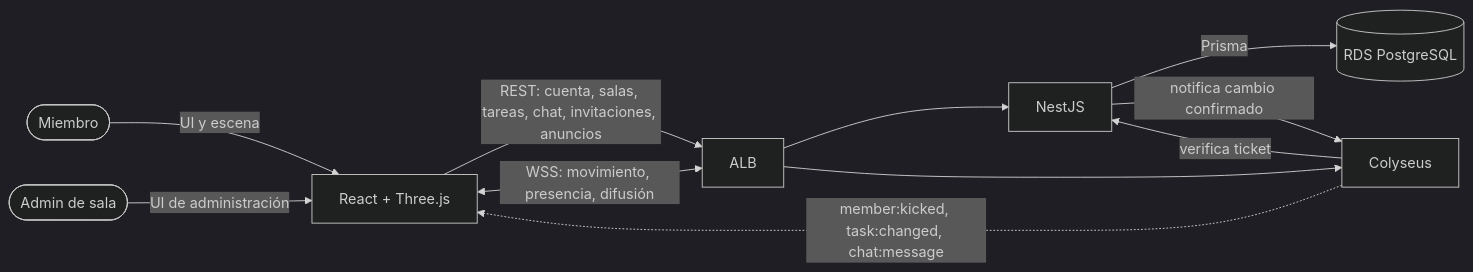
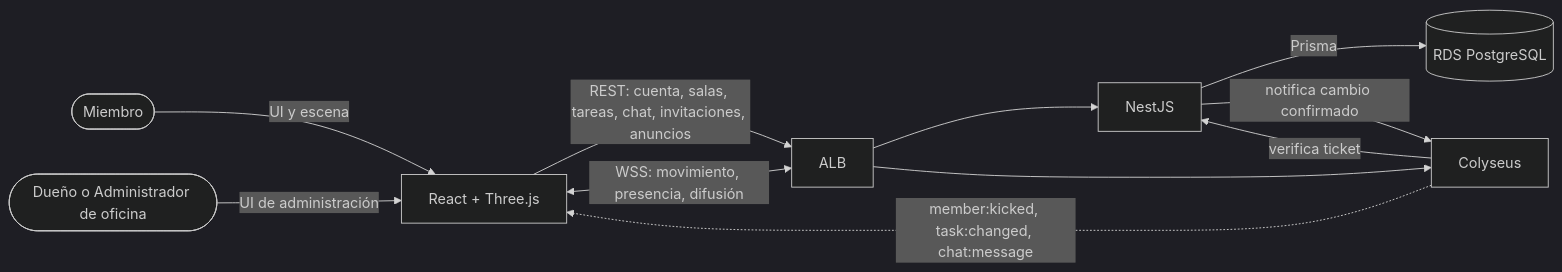
Before and after one commit to Agustin742/integratec-final-back: the third of 3 diagrams in docs/diagrams/02-system-architecture/deployment-and-network.md, drawn with Mermaid (dark theme). The commit also changed other lines of this file and 1 other file, not shown here.

Commit message:
docs(diagrams): scope access and realtime channels to offices and rooms

````diff
--- a/docs/diagrams/02-system-architecture/deployment-and-network.md
+++ b/docs/diagrams/02-system-architecture/deployment-and-network.md
@@ -147,21 +134,21 @@
 ```mermaid
 flowchart LR
   mie(["Miembro"])
-  adm(["Admin de sala"])
+  adm(["Dueño o Administrador de oficina"])
   web["React + Three.js"]
   alb["ALB"]
   api["NestJS"]
   col["Colyseus"]
   rds[("RDS PostgreSQL")]
 
   mie -->|"UI y escena"| web
   adm -->|"UI de administración"| web
   web -->|"REST: cuenta, salas, tareas, chat, invitaciones, anuncios"| alb
   web <-->|"WSS: movimiento, presencia, difusión"| alb
   alb --> api
   alb --> col
   api -->|"Prisma"| rds
   api -->|"notifica cambio confirmado"| col
   col -->|"verifica ticket"| api
   col -.->|"member:kicked, task:changed, chat:message"| web
 ```
````
